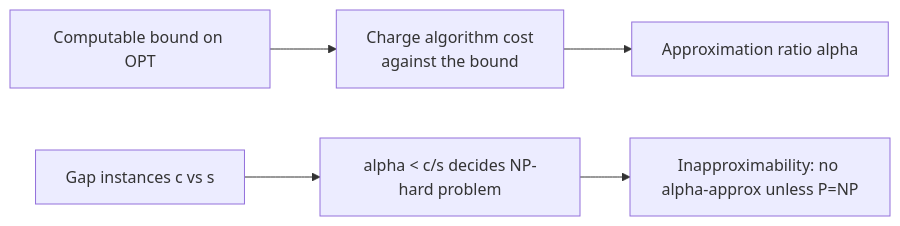
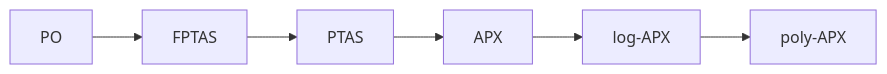
Before and after one commit to AndrewAltimit/Documentation: the second of 6 diagrams in github-pages/docs/advanced/approximation-algorithms.md, drawn with Mermaid. The commit also changed other lines of this file and 240 other files, not shown here.

````diff
--- a/github-pages/docs/advanced/approximation-algorithms.md
+++ b/github-pages/docs/advanced/approximation-algorithms.md
@@ -69,7 +68,4 @@
 ```mermaid
 flowchart LR
-    LB["Computable bound on OPT"] --> PRF["Charge algorithm cost<br/>against the bound"]
-    PRF --> RATIO["Approximation ratio alpha"]
-    GAP["Gap instances c vs s"] --> RED["alpha &lt; c/s decides NP-hard problem"]
-    RED --> HARD["Inapproximability: no alpha-approx unless P=NP"]
+    PO["PO"] --> FPTAS["FPTAS"] --> PTAS["PTAS"] --> APX["APX"] --> LOG["log-APX"] --> POLY["poly-APX"]
 ```
````
